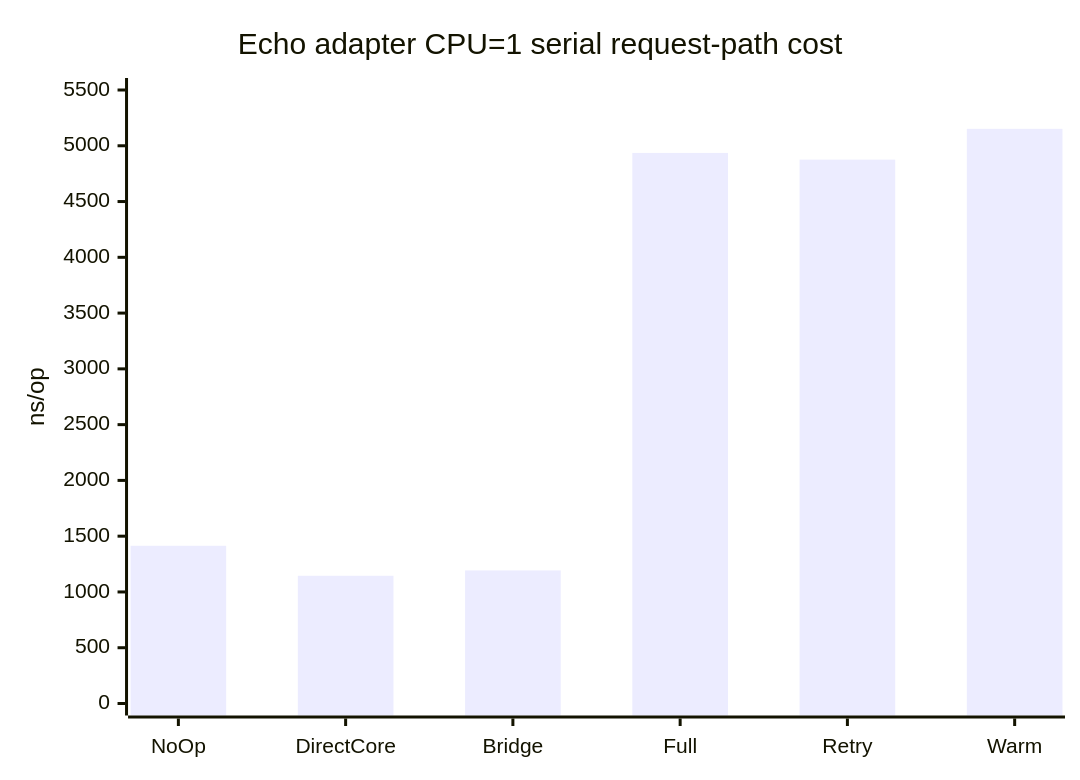
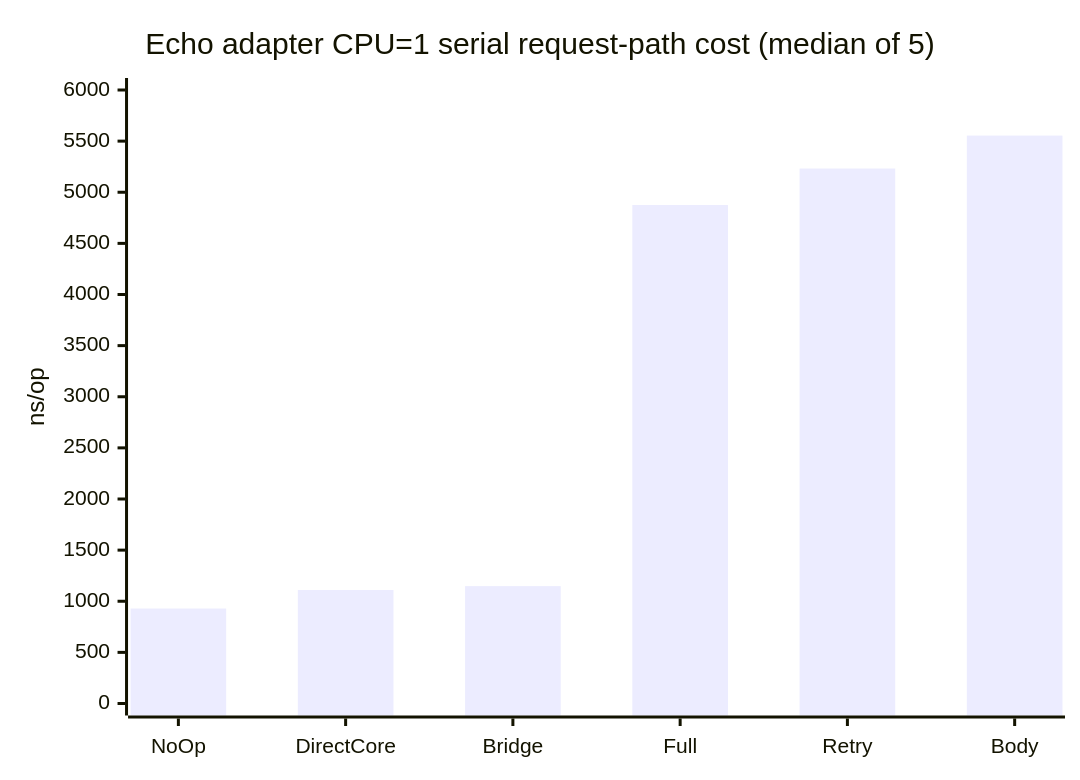
One commit to bluetape4k/bluetape-go changed the diagram in docs/research/outputs/issue-544/README.md. Above: the diagram before and after it, drawn with Mermaid. The commit also changed other lines of this file and 3 other files, not shown here.

````diff
--- a/docs/research/outputs/issue-544/README.md
+++ b/docs/research/outputs/issue-544/README.md
@@ -30,7 +33,7 @@
 ```mermaid
 xychart-beta
-    title "Echo adapter CPU=1 serial request-path cost"
-    x-axis ["NoOp", "DirectCore", "Bridge", "Full", "Retry", "Warm"]
-    y-axis "ns/op" 0 --> 5500
-    bar [1414, 1145, 1193, 4936, 4876, 5152]
+    title "Echo adapter CPU=1 serial request-path cost (median of 5)"
+    x-axis ["NoOp", "DirectCore", "Bridge", "Full", "Retry", "Body"]
+    y-axis "ns/op" 0 --> 6000
+    bar [929, 1110, 1148, 4875, 5232, 5554]
 ```
````
